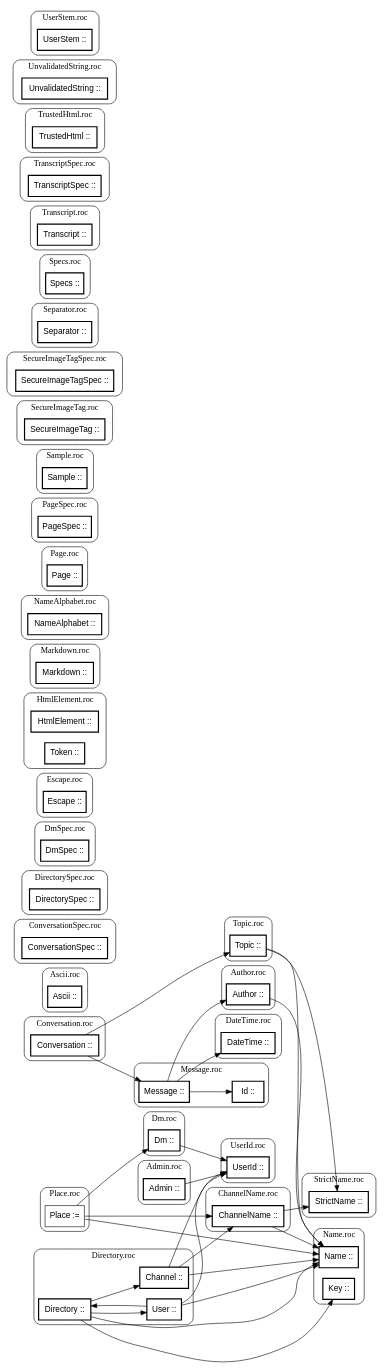
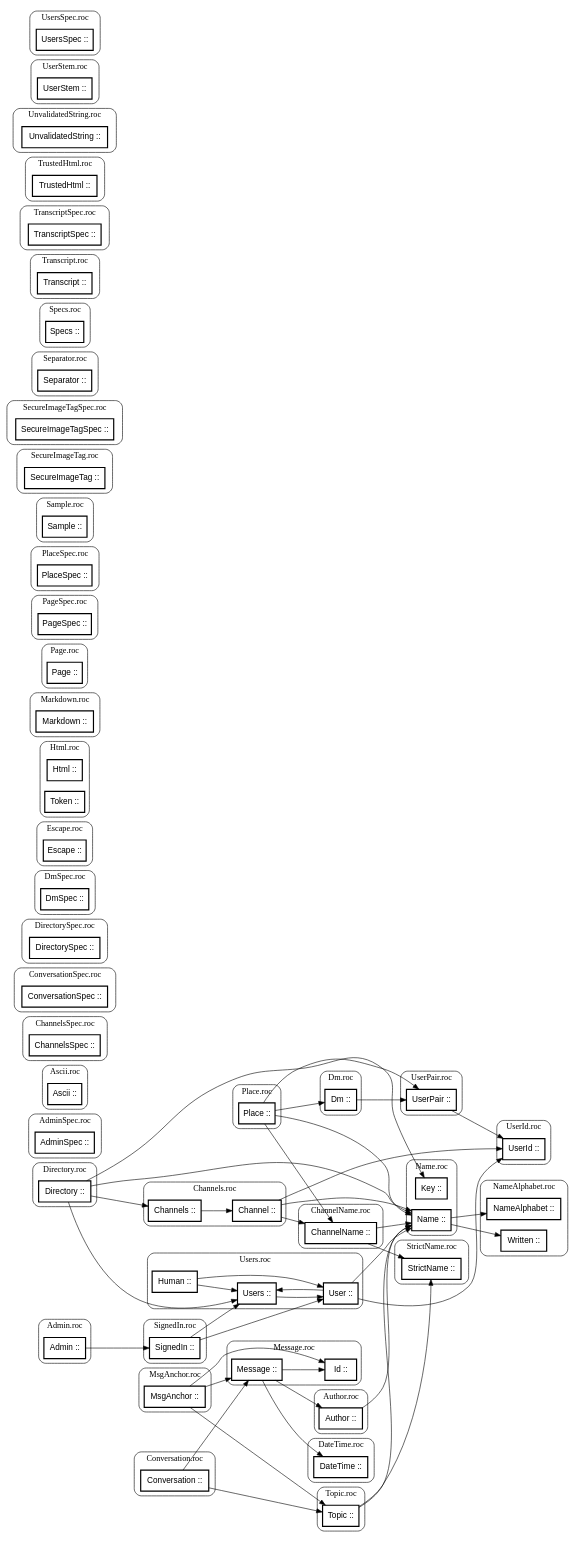
One commit to showell/essay-repl-server changed the second of 2 diagrams in notes/gopher-roc-pictures.md. Above: the diagram before and after it, drawn with Graphviz. The commit also changed other lines of this file and 1 other file, not shown here.

Commit message:
notes: gopher-roc after the second pass and the renames

````diff
--- a/notes/gopher-roc-pictures.md
+++ b/notes/gopher-roc-pictures.md
@@ -150,6 +210,11 @@
     label="Admin.roc";
     style=rounded;
     "Admin" [label="Admin ::", shape=box, style=bold];
+  }
+  subgraph "cluster_AdminSpec" {
+    label="AdminSpec.roc";
+    style=rounded;
+    "AdminSpec" [label="AdminSpec ::", shape=box, style=bold];
   }
   subgraph "cluster_Ascii" {
     label="Ascii.roc";
@@ -165,6 +230,17 @@
     label="ChannelName.roc";
     style=rounded;
     "ChannelName" [label="ChannelName ::", shape=box, style=bold];
+  }
+  subgraph "cluster_Channels" {
+    label="Channels.roc";
+    style=rounded;
+    "Channels" [label="Channels ::", shape=box, style=bold];
+    "Channels.Channel" [label="Channel ::", shape=box, style=bold];
+  }
+  subgraph "cluster_ChannelsSpec" {
+    label="ChannelsSpec.roc";
+    style=rounded;
+    "ChannelsSpec" [label="ChannelsSpec ::", shape=box, style=bold];
   }
   subgraph "cluster_Conversation" {
     label="Conversation.roc";
@@ -185,8 +261,6 @@
     label="Directory.roc";
     style=rounded;
     "Directory" [label="Directory ::", shape=box, style=bold];
-    "Directory.User" [label="User ::", shape=box, style=bold];
-    "Directory.Channel" [label="Channel ::", shape=box, style=bold];
   }
   subgraph "cluster_DirectorySpec" {
     label="DirectorySpec.roc";
@@ -208,11 +282,11 @@
     style=rounded;
     "Escape" [label="Escape ::", shape=box, style=bold];
   }
-  subgraph "cluster_HtmlElement" {
-    label="HtmlElement.roc";
+  subgraph "cluster_Html" {
+    label="Html.roc";
     style=rounded;
-    "HtmlElement" [label="HtmlElement ::", shape=box, style=bold];
-    "HtmlElement.Token" [label="Token ::", shape=box, style=bold];
+    "Html" [label="Html ::", shape=box, style=bold];
+    "Html.Token" [label="Token ::", shape=box, style=bold];
   }
   subgraph "cluster_Markdown" {
     label="Markdown.roc";
@@ -225,6 +299,11 @@
     "Message" [label="Message ::", shape=box, style=bold];
     "Message.Id" [label="Id ::", shape=box, style=bold];
   }
+  subgraph "cluster_MsgAnchor" {
+    label="MsgAnchor.roc";
+    style=rounded;
+    "MsgAnchor" [label="MsgAnchor ::", shape=box, style=bold];
+  }
   subgraph "cluster_Name" {
     label="Name.roc";
     style=rounded;
@@ -235,6 +314,7 @@
     label="NameAlphabet.roc";
     style=rounded;
     "NameAlphabet" [label="NameAlphabet ::", shape=box, style=bold];
+    "NameAlphabet.Written" [label="Written ::", shape=box, style=bold];
   }
   subgraph "cluster_Page" {
     label="Page.roc";
@@ -249,7 +329,12 @@
   subgraph "cluster_Place" {
     label="Place.roc";
     style=rounded;
-    "Place" [label="Place :=", shape=box];
+    "Place" [label="Place ::", shape=box, style=bold];
+  }
+  subgraph "cluster_PlaceSpec" {
+    label="PlaceSpec.roc";
+    style=rounded;
+    "PlaceSpec" [label="PlaceSpec ::", shape=box, style=bold];
   }
   subgraph "cluster_Sample" {
     label="Sample.roc";
@@ -270,6 +355,11 @@
     label="Separator.roc";
     style=rounded;
     "Separator" [label="Separator ::", shape=box, style=bold];
+  }
+  subgraph "cluster_SignedIn" {
+    label="SignedIn.roc";
+    style=rounded;
+    "SignedIn" [label="SignedIn ::", shape=box, style=bold];
   }
   subgraph "cluster_Specs" {
     label="Specs.roc";
@@ -311,35 +401,65 @@
     style=rounded;
     "UserId" [label="UserId ::", shape=box, style=bold];
   }
+  subgraph "cluster_UserPair" {
+    label="UserPair.roc";
+    style=rounded;
+    "UserPair" [label="UserPair ::", shape=box, style=bold];
+  }
   subgraph "cluster_UserStem" {
     label="UserStem.roc";
     style=rounded;
     "UserStem" [label="UserStem ::", shape=box, style=bold];
   }
-  "Admin" -> "UserId";
+  subgraph "cluster_Users" {
+    label="Users.roc";
+    style=rounded;
+    "Users" [label="Users ::", shape=box, style=bold];
+    "Users.User" [label="User ::", shape=box, style=bold];
+    "Users.Human" [label="Human ::", shape=box, style=bold];
+  }
+  subgraph "cluster_UsersSpec" {
+    label="UsersSpec.roc";
+    style=rounded;
+    "UsersSpec" [label="UsersSpec ::", shape=box, style=bold];
+  }
+  "Admin" -> "SignedIn";
   "Author" -> "Name";
   "ChannelName" -> "Name";
   "ChannelName" -> "StrictName";
+  "Channels" -> "Channels.Channel";
+  "Channels.Channel" -> "ChannelName";
+  "Channels.Channel" -> "Name";
+  "Channels.Channel" -> "UserId";
   "Conversation" -> "Message";
   "Conversation" -> "Topic";
-  "Directory" -> "Directory.User";
-  "Directory" -> "Directory.Channel";
+  "Directory" -> "Channels";
   "Directory" -> "Name";
   "Directory" -> "Name.Key";
-  "Directory.User" -> "Directory";
-  "Directory.User" -> "Name";
-  "Directory.User" -> "UserId";
-  "Directory.Channel" -> "ChannelName";
-  "Directory.Channel" -> "Name";
-  "Directory.Channel" -> "UserId";
-  "Dm" -> "UserId";
+  "Directory" -> "Users";
+  "Dm" -> "UserPair";
   "Message" -> "Author";
   "Message" -> "DateTime";
   "Message" -> "Message.Id";
+  "MsgAnchor" -> "Message";
+  "MsgAnchor" -> "Message.Id";
+  "MsgAnchor" -> "Topic";
+  "Name" -> "NameAlphabet";
+  "Name" -> "NameAlphabet.Written";
   "Place" -> "ChannelName";
   "Place" -> "Dm";
   "Place" -> "Name";
+  "Place" -> "UserPair";
+  "SignedIn" -> "Users";
+  "SignedIn" -> "Users.User";
   "Topic" -> "Name";
   "Topic" -> "StrictName";
+  "UserPair" -> "UserId";
+  "Users" -> "Users.User";
+  "Users.User" -> "Name";
+  "Users.User" -> "UserId";
+  "Users.User" -> "Users";
+  "Users.Human" -> "Users";
+  "Users.Human" -> "Users.User";
 }
 ```
````
